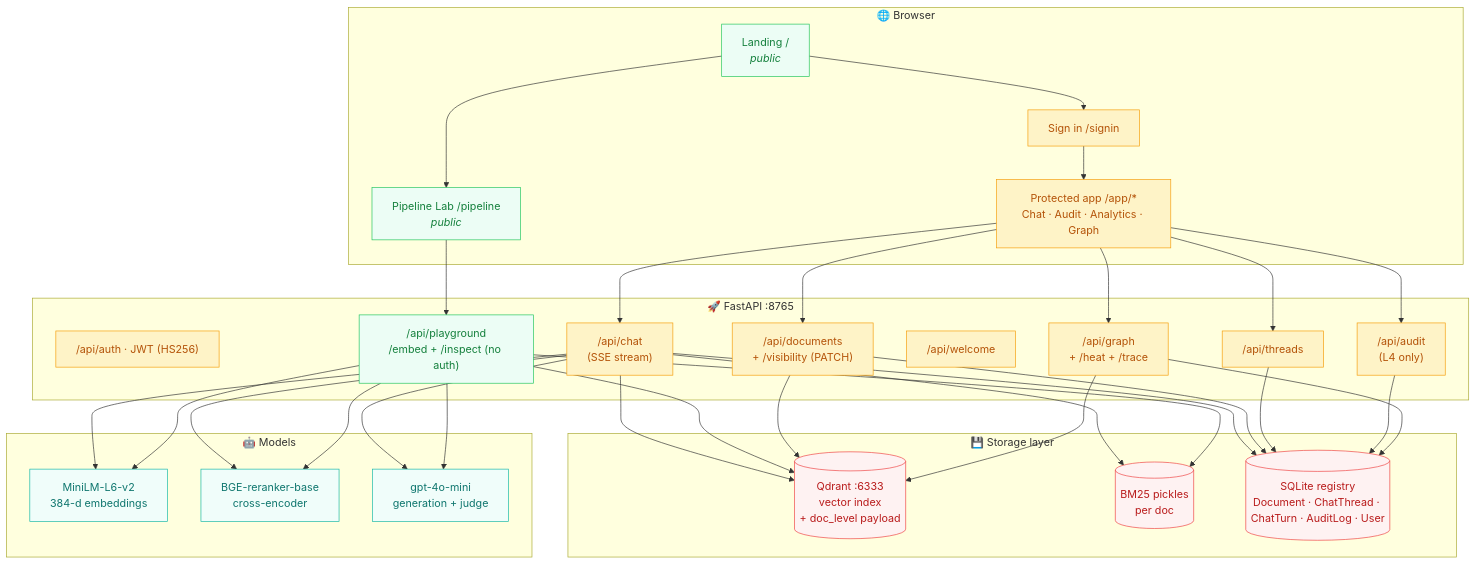
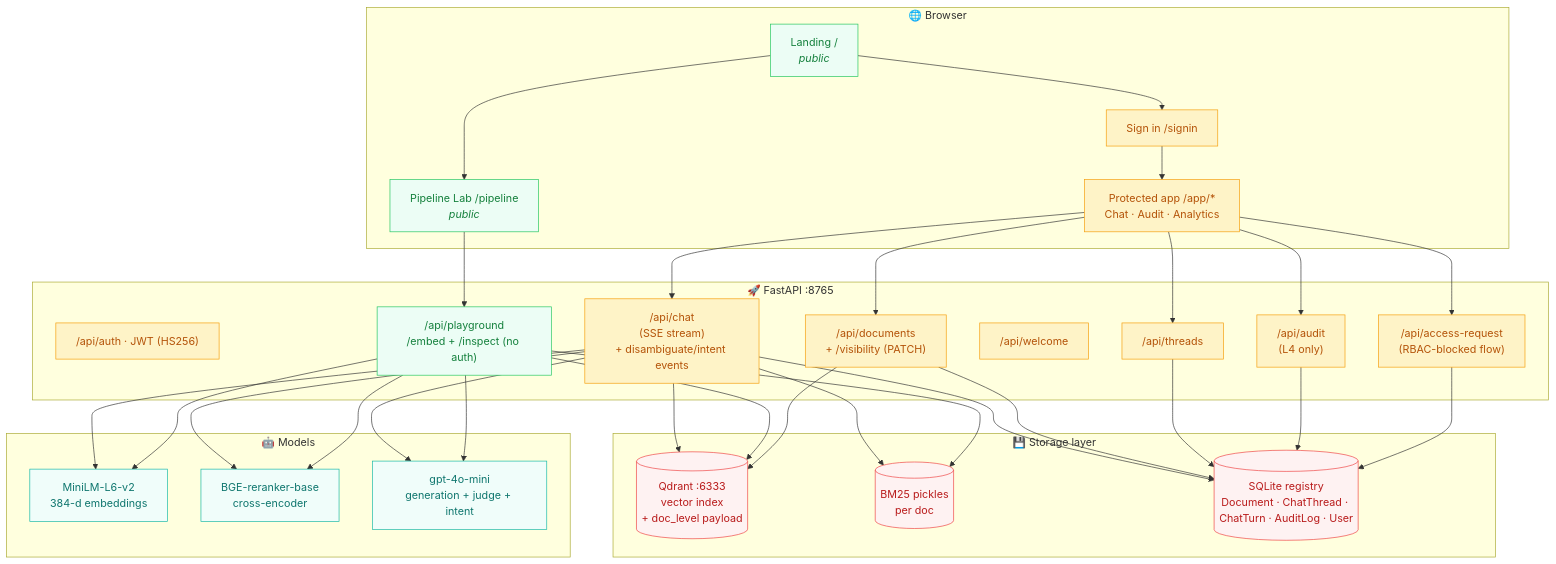
One commit to sumith1309/Prism-RAG changed the first of 6 diagrams in README.md. Above: the diagram before and after it, drawn with Mermaid. The commit also changed other lines of this file and 21 other files, not shown here.

````diff
--- a/README.md
+++ b/README.md
@@ -52,71 +52,70 @@
 ```mermaid
 flowchart TB
   subgraph Client["🌐 Browser"]
     Landing["Landing /<br/><i>public</i>"]
     Pipeline["Pipeline Lab /pipeline<br/><i>public</i>"]
     SignIn["Sign in /signin"]
-    App["Protected app /app/*<br/>Chat · Audit · Analytics · Graph"]
+    App["Protected app /app/*<br/>Chat · Audit · Analytics"]
   end
 
   subgraph API["🚀 FastAPI :8765"]
     Auth["/api/auth · JWT (HS256)"]
-    Chat["/api/chat<br/>(SSE stream)"]
+    Chat["/api/chat<br/>(SSE stream)<br/>+ disambiguate/intent events"]
     Docs["/api/documents<br/>+ /visibility (PATCH)"]
     Threads["/api/threads"]
     Welcome["/api/welcome"]
     Audit["/api/audit<br/>(L4 only)"]
-    Graph["/api/graph<br/>+ /heat + /trace"]
+    Access["/api/access-request<br/>(RBAC-blocked flow)"]
     Playground["/api/playground<br/>/embed + /inspect (no auth)"]
   end
 
   subgraph Storage["💾 Storage layer"]
     Qdrant[("Qdrant :6333<br/>vector index<br/>+ doc_level payload")]
     BM25[("BM25 pickles<br/>per doc")]
     SQLite[("SQLite registry<br/>Document · ChatThread · ChatTurn · AuditLog · User")]
   end
 
   subgraph Models["🤖 Models"]
     Embed["MiniLM-L6-v2<br/>384-d embeddings"]
     Rerank["BGE-reranker-base<br/>cross-encoder"]
-    LLM["gpt-4o-mini<br/>generation + judge"]
+    LLM["gpt-4o-mini<br/>generation + judge + intent"]
   end
 
   Landing --> SignIn --> App
   Landing --> Pipeline
   App --> Chat
   App --> Docs
   App --> Threads
   App --> Audit
-  App --> Graph
+  App --> Access
   Pipeline --> Playground
 
   Chat --> Embed
   Chat --> Qdrant
   Chat --> BM25
   Chat --> Rerank
   Chat --> LLM
   Chat --> SQLite
 
   Playground --> Embed
   Playground --> Qdrant
   Playground --> BM25
   Playground --> Rerank
   Playground --> LLM
 
   Docs --> SQLite
   Docs --> Qdrant
   Threads --> SQLite
   Audit --> SQLite
-  Graph --> SQLite
-  Graph --> Qdrant
+  Access --> SQLite
 
   classDef public fill:#ecfdf5,stroke:#22c55e,color:#15803d;
   classDef protected fill:#fef3c7,stroke:#f59e0b,color:#b45309;
   classDef api fill:#eef2ff,stroke:#6366f1,color:#3730a3;
   classDef storage fill:#fef2f2,stroke:#ef4444,color:#b91c1c;
   classDef model fill:#f0fdfa,stroke:#14b8a6,color:#0f766e;
   class Landing,Pipeline,Playground public;
-  class SignIn,App,Chat,Docs,Threads,Welcome,Audit,Graph,Auth protected;
+  class SignIn,App,Chat,Docs,Threads,Welcome,Audit,Access,Auth protected;
   class Qdrant,BM25,SQLite storage;
   class Embed,Rerank,LLM model;
 ```
````
